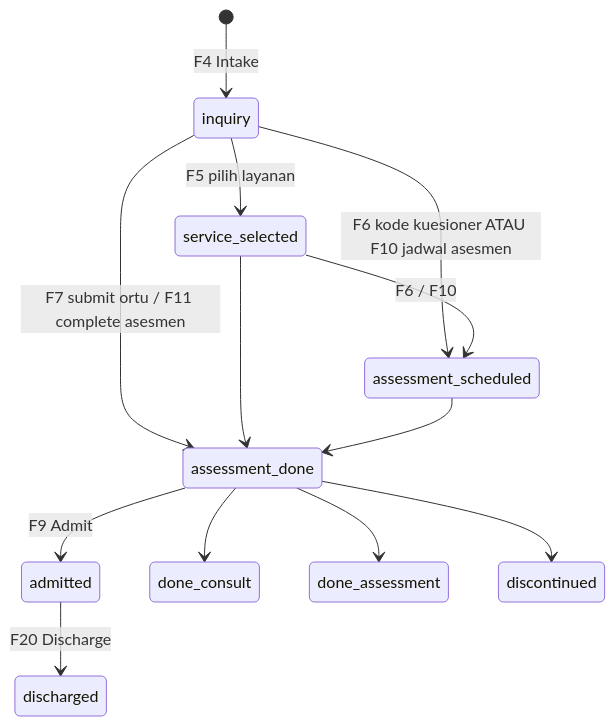
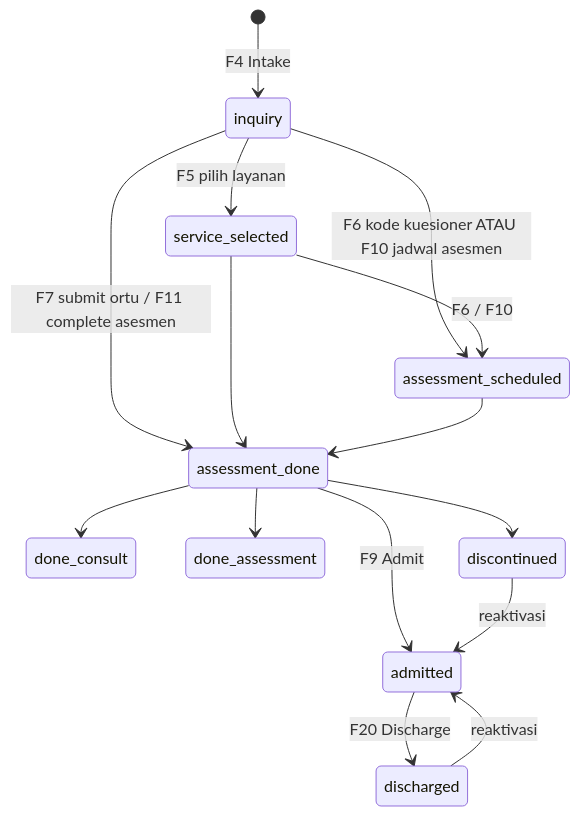
One commit to Iksan273/Therapedia changed the fourth of 6 diagrams in technical_workflow.md. Above: the diagram before and after it, drawn with Mermaid. The commit also changed other lines of this file and 130 other files, not shown here.

````diff
--- a/technical_workflow.md
+++ b/technical_workflow.md
@@ -481,15 +512,17 @@
 ```mermaid
 stateDiagram-v2
   [*] --> inquiry: F4 Intake
   inquiry --> service_selected: F5 pilih layanan
   inquiry --> assessment_scheduled: F6 kode kuesioner ATAU F10 jadwal asesmen
   service_selected --> assessment_scheduled: F6 / F10
   inquiry --> assessment_done: F7 submit ortu / F11 complete asesmen
   service_selected --> assessment_done
   assessment_scheduled --> assessment_done
   assessment_done --> admitted: F9 Admit
   assessment_done --> done_consult
   assessment_done --> done_assessment
   assessment_done --> discontinued
   admitted --> discharged: F20 Discharge
+  discharged --> admitted: reaktivasi
+  discontinued --> admitted: reaktivasi
 ```
````
